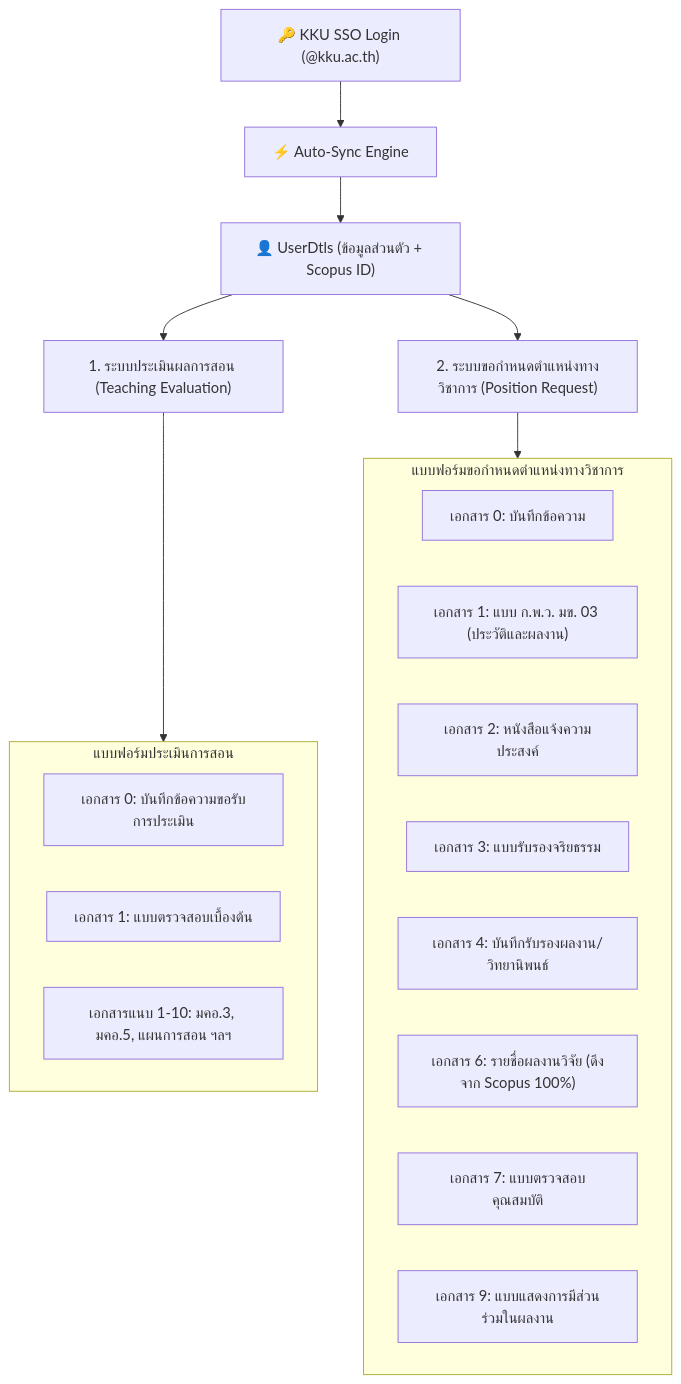
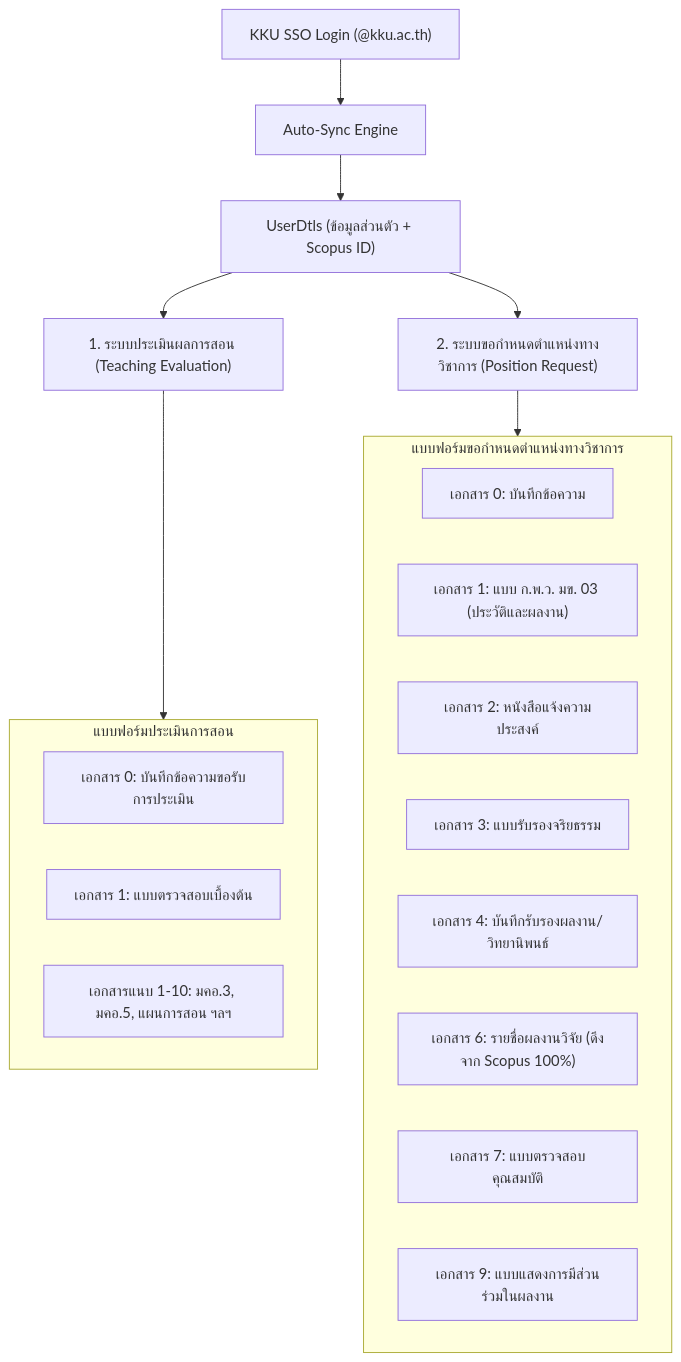
Before and after one commit to kriangkraiii/HRCP.KKU: the second of 2 diagrams in docs/api-integrations/EXTERNAL_DATA_MAPPING_ANALYSIS.md, drawn with Mermaid. The commit also changed other lines of this file and 69 other files, not shown here.

````diff
--- a/docs/api-integrations/EXTERNAL_DATA_MAPPING_ANALYSIS.md
+++ b/docs/api-integrations/EXTERNAL_DATA_MAPPING_ANALYSIS.md
@@ -48,28 +48,28 @@
 ```mermaid
 graph TD
-    SSO["🔑 KKU SSO Login (@kku.ac.th)"] --> SYNC["⚡ Auto-Sync Engine"]
-    SYNC --> PROFILE["👤 UserDtls (ข้อมูลส่วนตัว + Scopus ID)"]
+    SSO[" KKU SSO Login (@kku.ac.th)"] --> SYNC[" Auto-Sync Engine"]
+    SYNC --> PROFILE[" UserDtls (ข้อมูลส่วนตัว + Scopus ID)"]
     
     PROFILE --> S1["1. ระบบประเมินผลการสอน (Teaching Evaluation)"]
     PROFILE --> S2["2. ระบบขอกำหนดตำแหน่งทางวิชาการ (Position Request)"]
     
     subgraph S1_DOCS["แบบฟอร์มประเมินการสอน"]
         A_D0["เอกสาร 0: บันทึกข้อความขอรับการประเมิน"]
         A_D1["เอกสาร 1: แบบตรวจสอบเบื้องต้น"]
         A_ATT["เอกสารแนบ 1-10: มคอ.3, มคอ.5, แผนการสอน ฯลฯ"]
     end
     
     subgraph S2_DOCS["แบบฟอร์มขอกำหนดตำแหน่งทางวิชาการ"]
         P_D0["เอกสาร 0: บันทึกข้อความ"]
         P_D1["เอกสาร 1: แบบ ก.พ.ว. มข. 03 (ประวัติและผลงาน)"]
         P_D2["เอกสาร 2: หนังสือแจ้งความประสงค์"]
         P_D3["เอกสาร 3: แบบรับรองจริยธรรม"]
         P_D4["เอกสาร 4: บันทึกรับรองผลงาน/วิทยานิพนธ์"]
         P_D6["เอกสาร 6: รายชื่อผลงานวิจัย (ดึงจาก Scopus 100%)"]
         P_D7["เอกสาร 7: แบบตรวจสอบคุณสมบัติ"]
         P_D9["เอกสาร 9: แบบแสดงการมีส่วนร่วมในผลงาน"]
     end
     
     S1 --> S1_DOCS
     S2 --> S2_DOCS
 ```
````
